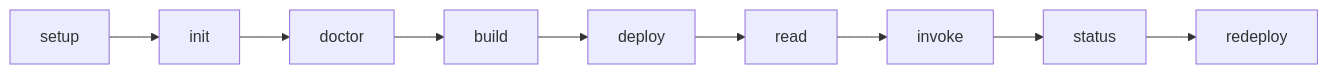
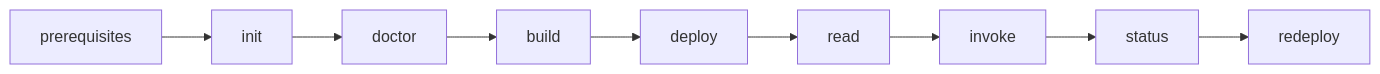
Before and after one commit to Dione-b/caatinga: the second of 3 diagrams in docs/tutorials/workshop.md, drawn with Mermaid. The commit also changed other lines of this file and 5 other files, not shown here.

````diff
--- a/docs/tutorials/workshop.md
+++ b/docs/tutorials/workshop.md
@@ -51,11 +51,11 @@
 ```mermaid
 flowchart LR
-  setup["setup"] --> init["init"]
+  prereqs["prerequisites"] --> init["init"]
   init --> doctor["doctor"]
   doctor --> build["build"]
   build --> deploy["deploy"]
   deploy --> read["read"]
   read --> invoke["invoke"]
   invoke --> status["status"]
   status --> redeploy["redeploy"]
 ```
````
